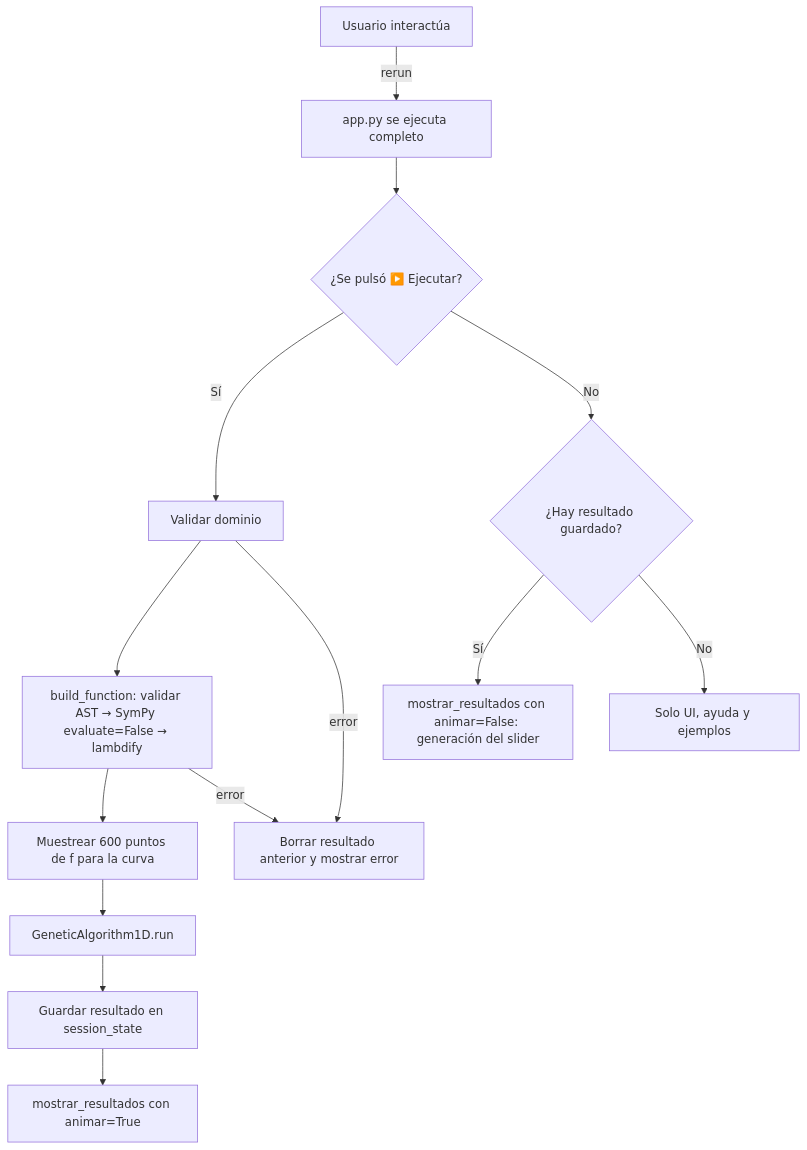
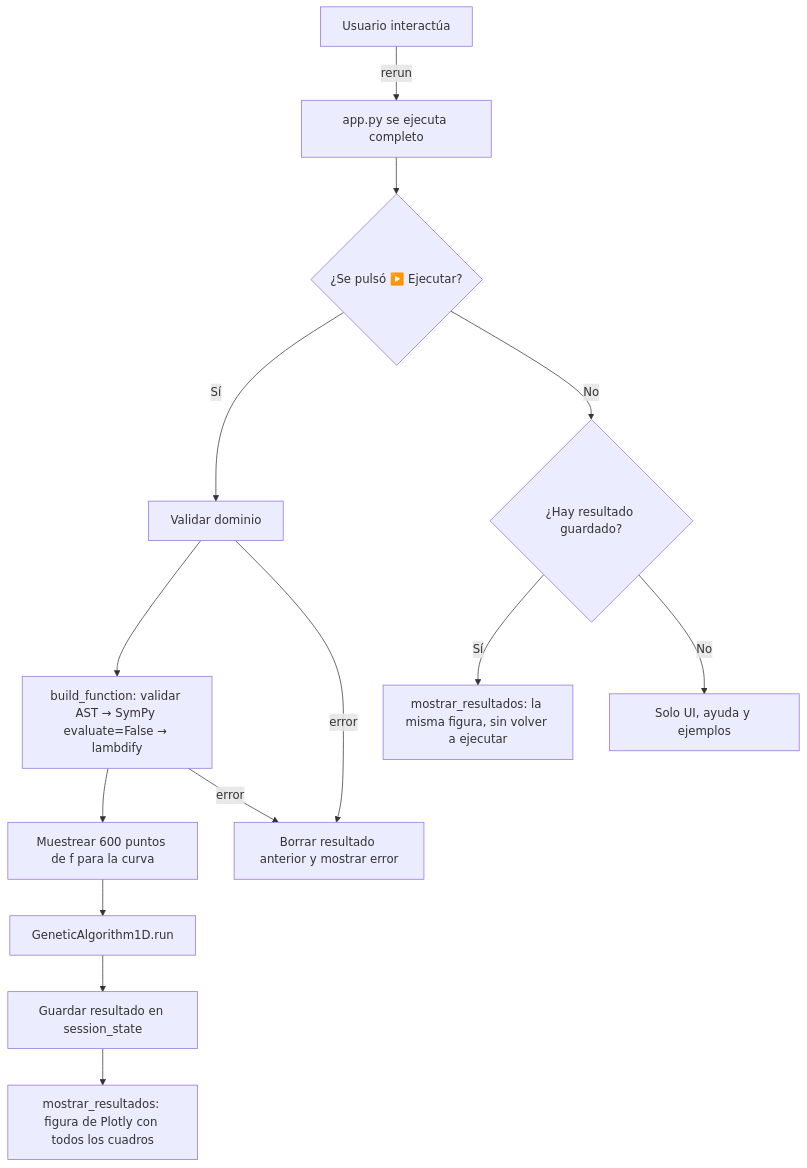
One commit to xaw624/Algoritmo_Genetico changed the first of 2 diagrams in DOCUMENTACION.md. Above: the diagram before and after it, drawn with Mermaid. The commit also changed other lines of this file and 4 other files, not shown here.

First line of the commit message:
Reproduce la animación en el navegador con Plotly

````diff
--- a/DOCUMENTACION.md
+++ b/DOCUMENTACION.md
@@ -44,16 +44,16 @@
 ```mermaid
 flowchart TD
     A[Usuario interactúa] -->|rerun| B[app.py se ejecuta completo]
     B --> C{¿Se pulsó ▶️ Ejecutar?}
     C -- Sí --> E[Validar dominio]
     E --> F[build_function: validar AST → SymPy evaluate=False → lambdify]
     F --> G[Muestrear 600 puntos de f para la curva]
     G --> H[GeneticAlgorithm1D.run]
     H --> I[Guardar resultado en session_state]
-    I --> J[mostrar_resultados con animar=True]
+    I --> J[mostrar_resultados: figura de Plotly con todos los cuadros]
     C -- No --> K{¿Hay resultado guardado?}
-    K -- Sí --> L[mostrar_resultados con animar=False: generación del slider]
+    K -- Sí --> L[mostrar_resultados: la misma figura, sin volver a ejecutar]
     K -- No --> M[Solo UI, ayuda y ejemplos]
     E -- error --> X[Borrar resultado anterior y mostrar error]
     F -- error --> X
 ```
````
